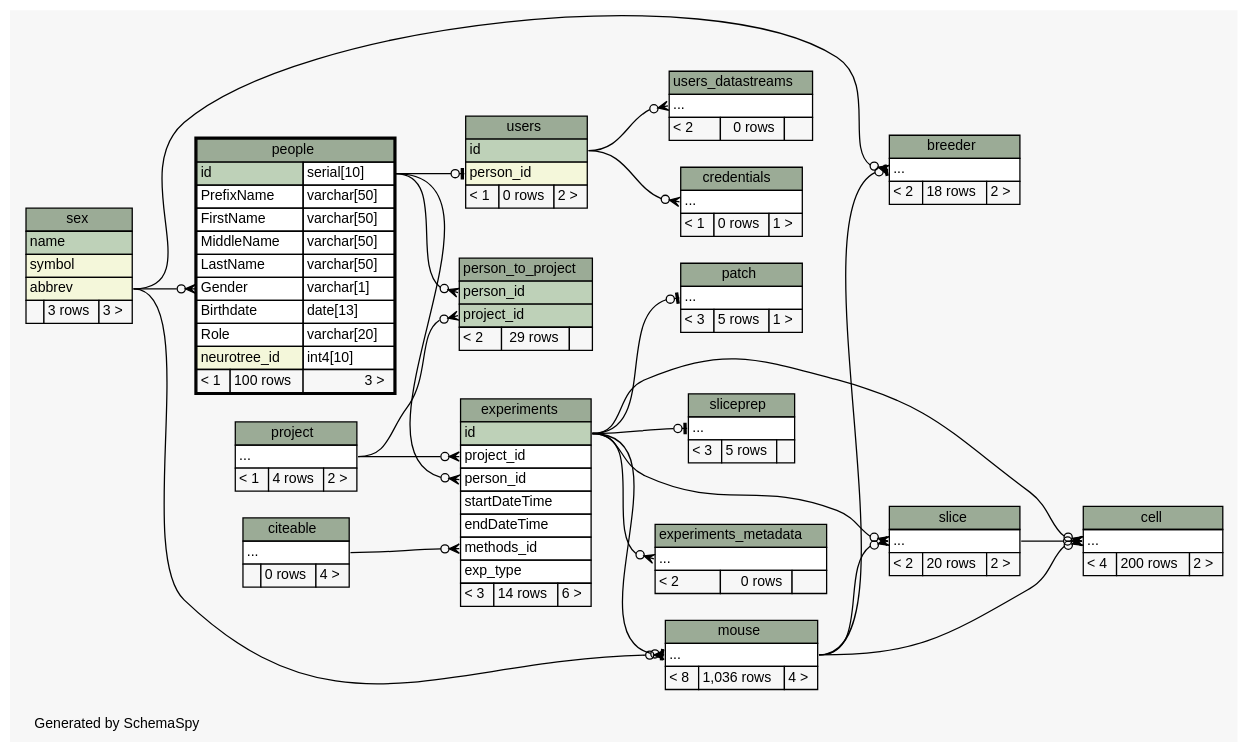
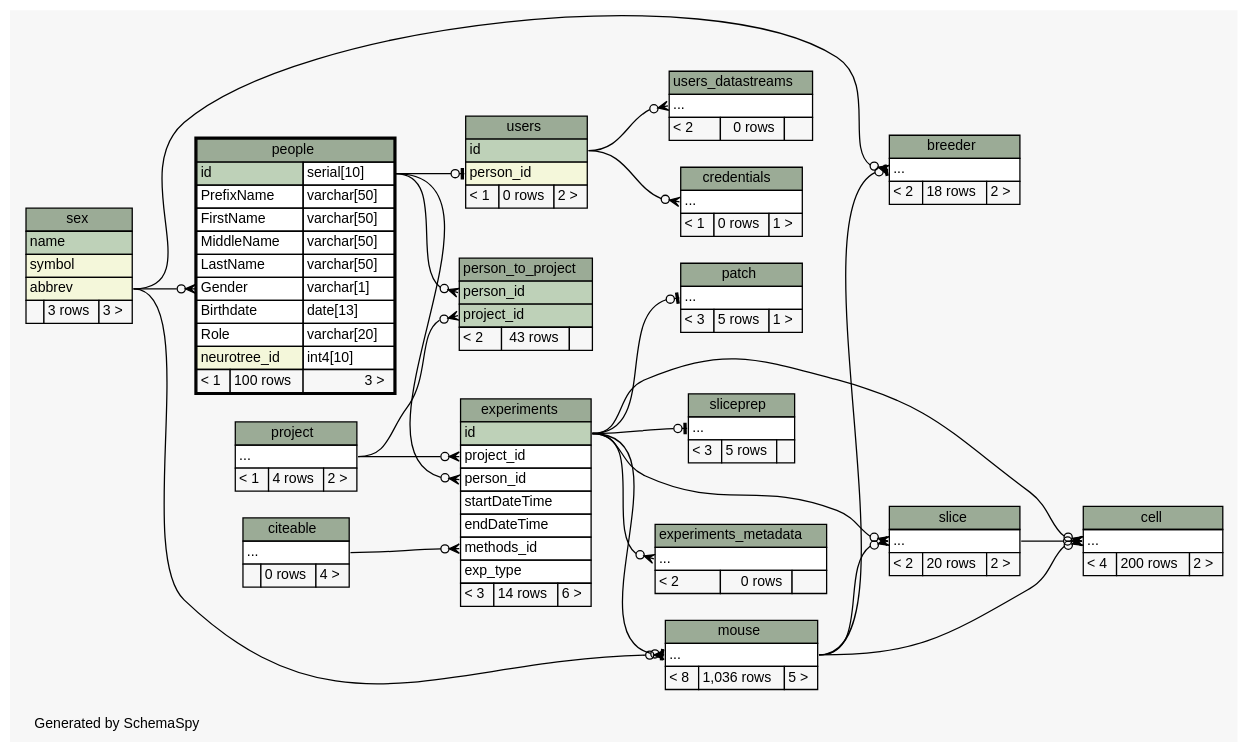
One commit to tgbugs/mlab changed the diagram in database/ss/diagrams/people.2degrees.dot. Above: the diagram before and after it, drawn with Graphviz. The commit also changed 221 other files, not shown here.

```diff
--- a/database/ss/diagrams/people.2degrees.dot
+++ b/database/ss/diagrams/people.2degrees.dot
@@ -111,7 +111,7 @@
     <TABLE BORDER="0" CELLBORDER="1" CELLSPACING="0" BGCOLOR="#ffffff">
       <TR><TD COLSPAN="3" BGCOLOR="#9bab96" ALIGN="CENTER">mouse</TD></TR>
       <TR><TD PORT="elipses" COLSPAN="3" ALIGN="LEFT">...</TD></TR>
-      <TR><TD ALIGN="LEFT" BGCOLOR="#f7f7f7">&lt; 8</TD><TD ALIGN="RIGHT" BGCOLOR="#f7f7f7">1,036 rows</TD><TD ALIGN="RIGHT" BGCOLOR="#f7f7f7">4 &gt;</TD></TR>
+      <TR><TD ALIGN="LEFT" BGCOLOR="#f7f7f7">&lt; 8</TD><TD ALIGN="RIGHT" BGCOLOR="#f7f7f7">1,036 rows</TD><TD ALIGN="RIGHT" BGCOLOR="#f7f7f7">5 &gt;</TD></TR>
     </TABLE>>
     URL="mouse.html"
     tooltip="mouse"
@@ -150,7 +150,7 @@
       <TR><TD COLSPAN="3" BGCOLOR="#9bab96" ALIGN="CENTER">person_to_project</TD></TR>
       <TR><TD PORT="person_id" COLSPAN="3" BGCOLOR="#bed1b8" ALIGN="LEFT">person_id</TD></TR>
       <TR><TD PORT="project_id" COLSPAN="3" BGCOLOR="#bed1b8" ALIGN="LEFT">project_id</TD></TR>
-      <TR><TD ALIGN="LEFT" BGCOLOR="#f7f7f7">&lt; 2</TD><TD ALIGN="RIGHT" BGCOLOR="#f7f7f7">29 rows</TD><TD ALIGN="RIGHT" BGCOLOR="#f7f7f7">  </TD></TR>
+      <TR><TD ALIGN="LEFT" BGCOLOR="#f7f7f7">&lt; 2</TD><TD ALIGN="RIGHT" BGCOLOR="#f7f7f7">43 rows</TD><TD ALIGN="RIGHT" BGCOLOR="#f7f7f7">  </TD></TR>
     </TABLE>>
     URL="person_to_project.html"
     tooltip="person_to_project"
```
